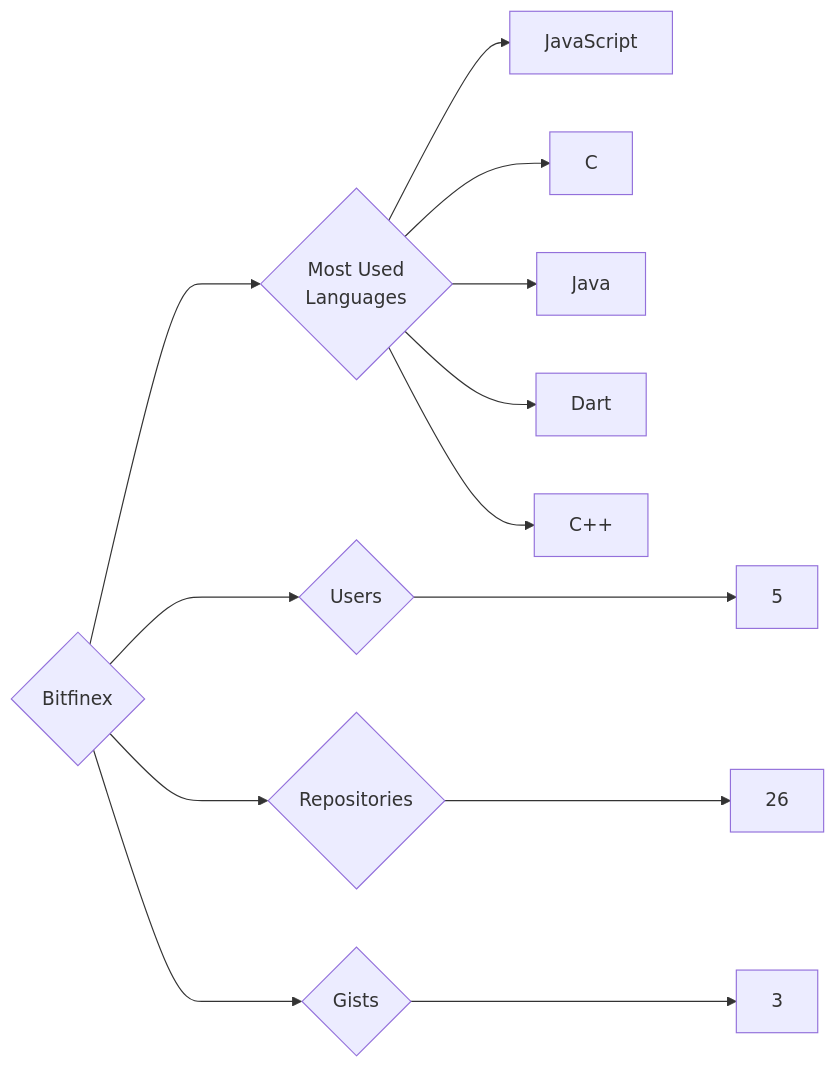
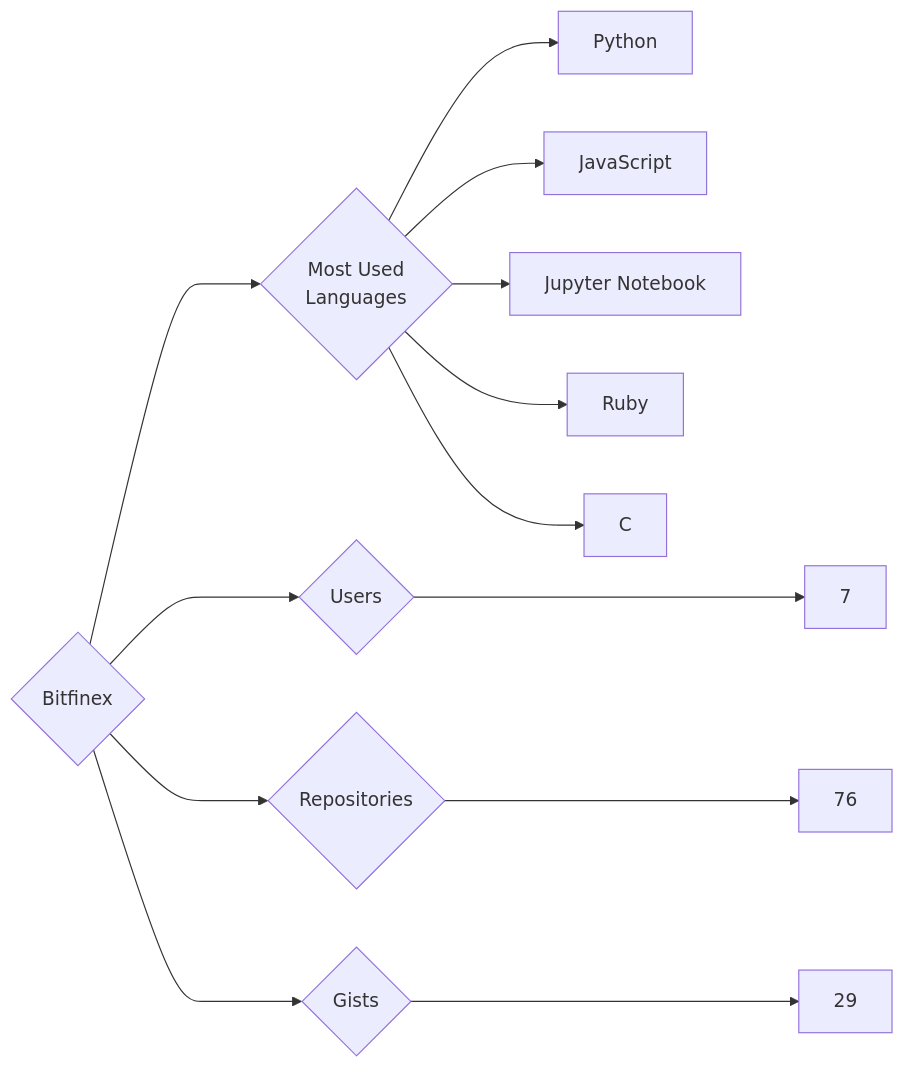
Before and after one commit to trickest/insiders: the diagram in targets/Bitfinex/README.md, drawn with Mermaid. The commit also changed 776 other files, not shown here.

````diff
--- a/targets/Bitfinex/README.md
+++ b/targets/Bitfinex/README.md
@@ -3,13 +3,13 @@
 ```mermaid
 graph LR
 COMPANY_NAME{Bitfinex}
-COMPANY_NAME ---> U{Users} ---> UN[5]
-COMPANY_NAME ---> R{Repositories} ---> RN[26]
-COMPANY_NAME ---> G{Gists} ---> GN[3]
+COMPANY_NAME ---> U{Users} ---> UN[7]
+COMPANY_NAME ---> R{Repositories} ---> RN[76]
+COMPANY_NAME ---> G{Gists} ---> GN[29]
 COMPANY_NAME ---> ML{Most Used<br>Languages}
+ML --> Python[Python]
 ML --> JavaScript[JavaScript]
+ML --> Jupyter_Notebook[Jupyter Notebook]
+ML --> Ruby[Ruby]
 ML --> C[C]
-ML --> Java[Java]
-ML --> Dart[Dart]
-ML --> C++[C++]
 ```
````
